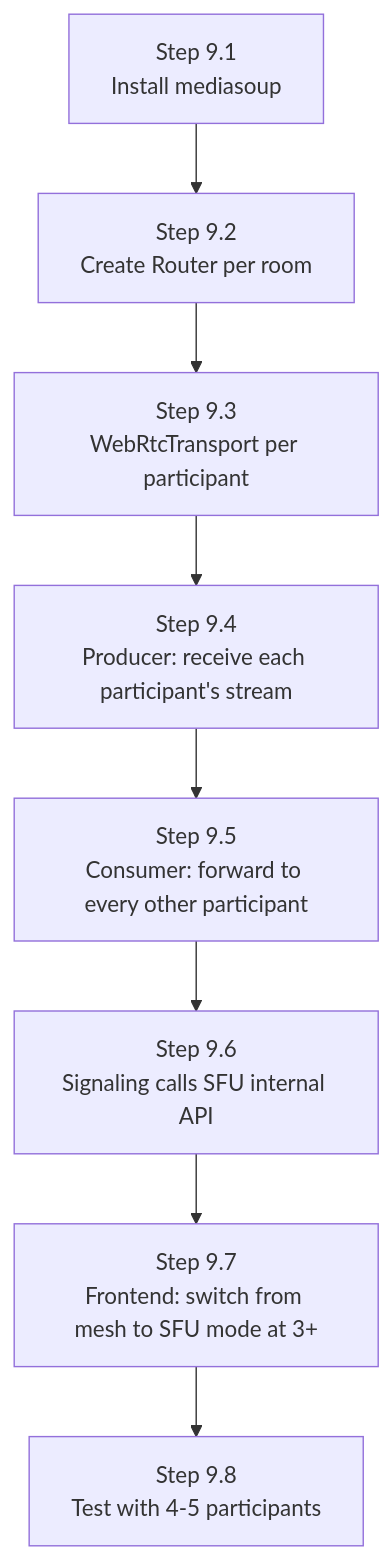
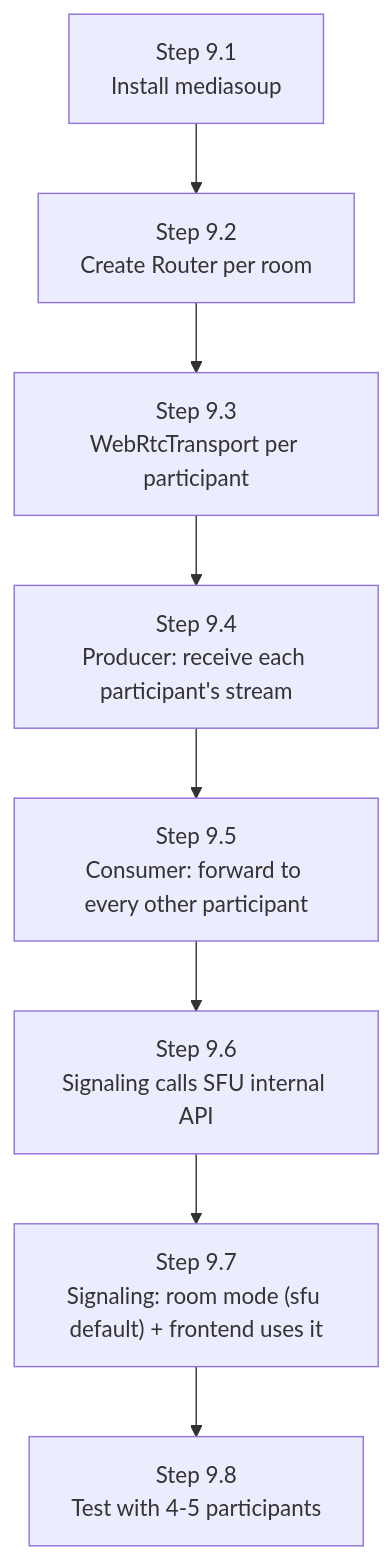
Before and after one commit to INDIAN-MEET/GOOGLE_MEET: the eighth of 11 diagrams in STEP.MD, drawn with Mermaid. The commit also changed other lines of this file, not shown here.

Commit message:
feat: update implementation status for Phase 9 SFU Service and add Phase F frontend details

````diff
--- a/STEP.MD
+++ b/STEP.MD
@@ -253,10 +255,10 @@
 ```mermaid
 flowchart TD
     S1["Step 9.1<br/>Install mediasoup"] --> S2["Step 9.2<br/>Create Router per room"]
     S2 --> S3["Step 9.3<br/>WebRtcTransport per participant"]
     S3 --> S4["Step 9.4<br/>Producer: receive each participant's stream"]
     S4 --> S5["Step 9.5<br/>Consumer: forward to every other participant"]
     S5 --> S6["Step 9.6<br/>Signaling calls SFU internal API"]
-    S6 --> S7["Step 9.7<br/>Frontend: switch from mesh to SFU mode at 3+"]
+    S6 --> S7["Step 9.7<br/>Signaling: room mode (sfu default) + frontend uses it"]
     S7 --> S8["Step 9.8<br/>Test with 4-5 participants"]
 ```
````
